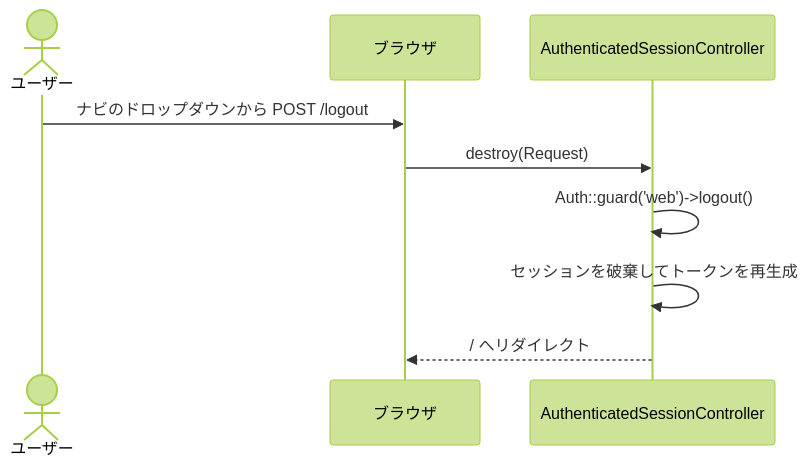
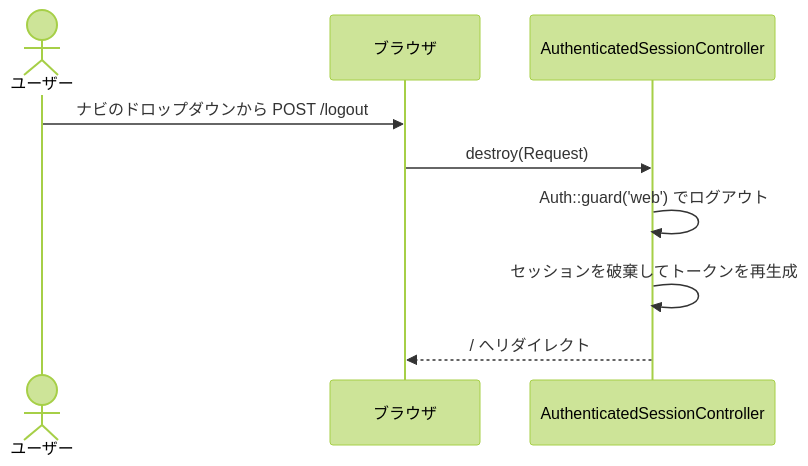
The fourth of 4 diagrams in mermaid/sequenceDiagram.md (MaruCat000/my-laravel-app-breeze), drawn with Mermaid (forest theme) before and after one commit. The commit also changed other lines of this file and 2 other files, not shown here.

First line of the commit message:
Update README and diagrams to match current implementation

````diff
--- a/mermaid/sequenceDiagram.md
+++ b/mermaid/sequenceDiagram.md
@@ -63,12 +91,12 @@
 ```mermaid
 sequenceDiagram
     actor U as ユーザー
     participant B as ブラウザ
     participant A as AuthenticatedSessionController
 
     U->>B: ナビのドロップダウンから POST /logout
     B->>A: destroy(Request)
-    A->>A: Auth::guard('web')->logout()
+    A->>A: Auth::guard('web') でログアウト
     A->>A: セッションを破棄してトークンを再生成
     A-->>B: / へリダイレクト
 ```
````
